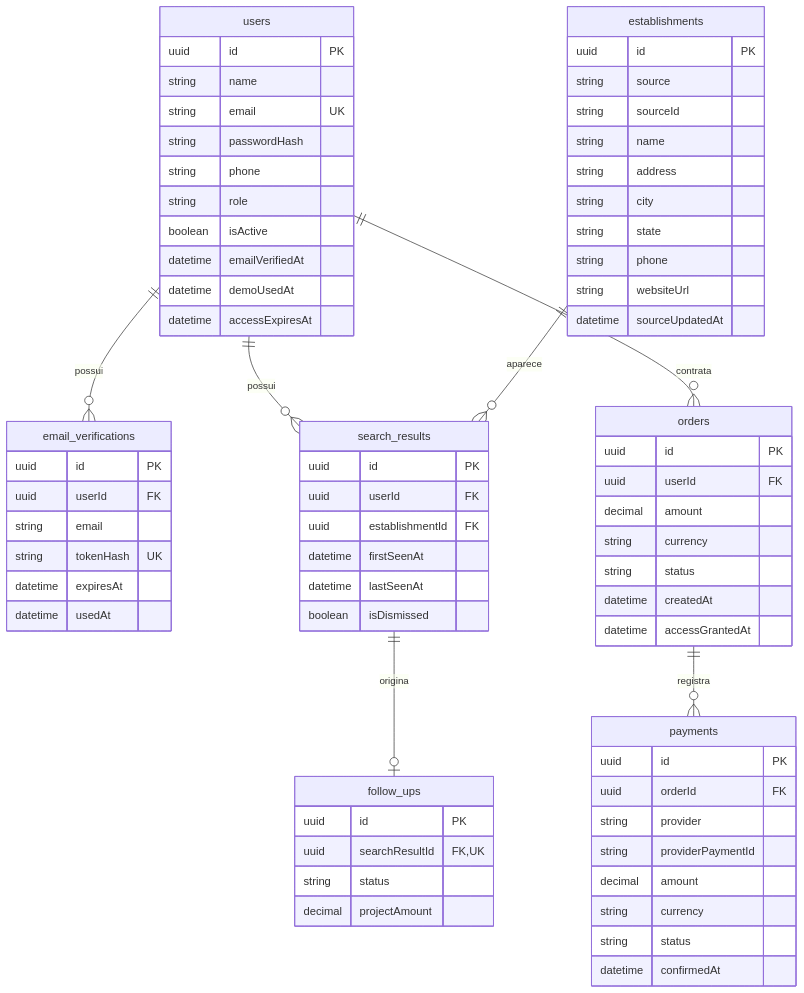
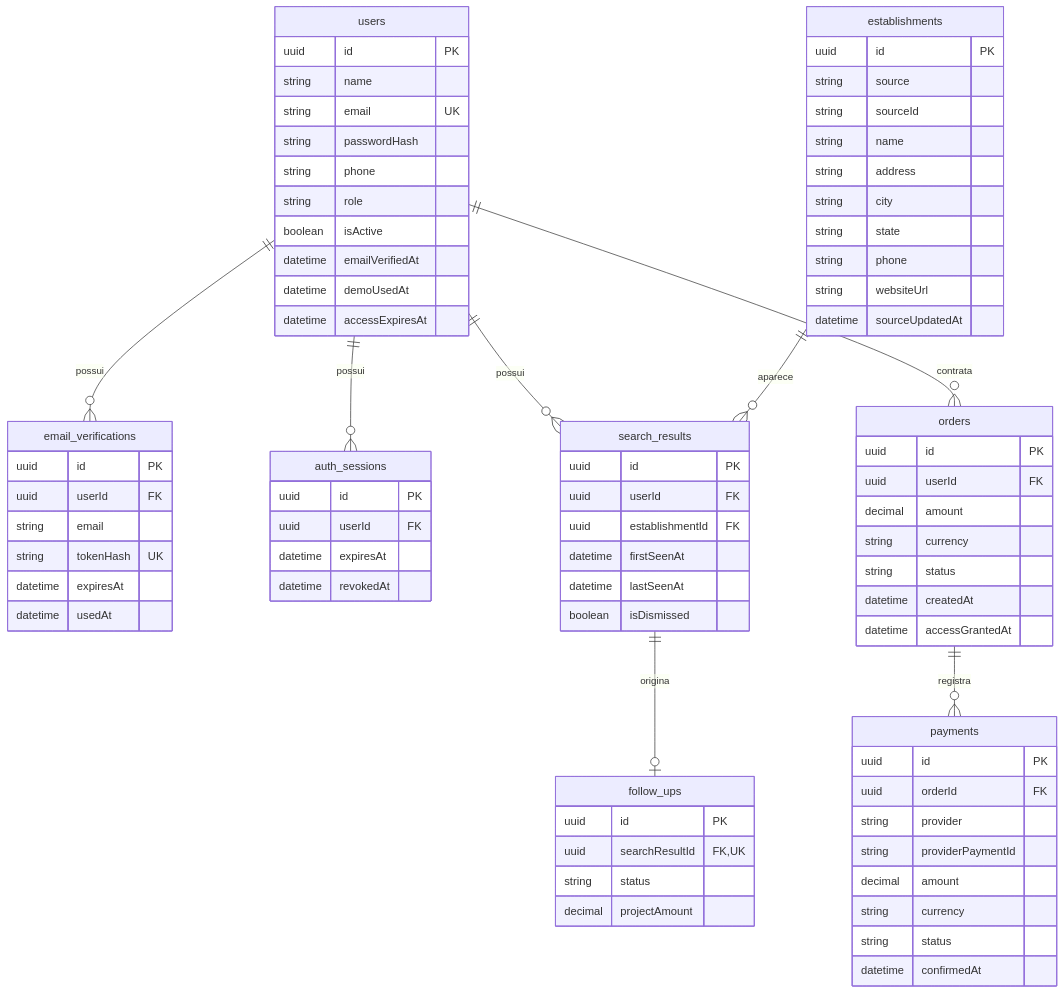
One commit to eduardo-padilha-dev/app-radar-local changed the diagram in docs/architecture.md. Above: the diagram before and after it, drawn with Mermaid. The commit also changed other lines of this file and 34 other files, not shown here.

````diff
--- a/docs/architecture.md
+++ b/docs/architecture.md
@@ -305,75 +307,82 @@
 ```mermaid
 erDiagram
     users ||--o{ email_verifications : possui
+    users ||--o{ auth_sessions : possui
     users ||--o{ search_results : possui
     establishments ||--o{ search_results : aparece
     search_results ||--o| follow_ups : origina
     users ||--o{ orders : contrata
     orders ||--o{ payments : registra
 
     users {
         uuid id PK
         string name
         string email UK
         string passwordHash
         string phone
         string role
         boolean isActive
         datetime emailVerifiedAt
         datetime demoUsedAt
         datetime accessExpiresAt
     }
     email_verifications {
         uuid id PK
         uuid userId FK
         string email
         string tokenHash UK
         datetime expiresAt
         datetime usedAt
+    }
+    auth_sessions {
+        uuid id PK
+        uuid userId FK
+        datetime expiresAt
+        datetime revokedAt
     }
     establishments {
         uuid id PK
         string source
         string sourceId
         string name
         string address
         string city
         string state
         string phone
         string websiteUrl
         datetime sourceUpdatedAt
     }
     search_results {
         uuid id PK
         uuid userId FK
         uuid establishmentId FK
         datetime firstSeenAt
         datetime lastSeenAt
         boolean isDismissed
     }
     follow_ups {
         uuid id PK
         uuid searchResultId FK,UK
         string status
         decimal projectAmount
     }
     orders {
         uuid id PK
         uuid userId FK
         decimal amount
         string currency
         string status
         datetime createdAt
         datetime accessGrantedAt
     }
     payments {
         uuid id PK
         uuid orderId FK
         string provider
         string providerPaymentId
         decimal amount
         string currency
         string status
         datetime confirmedAt
     }
 ```
````
